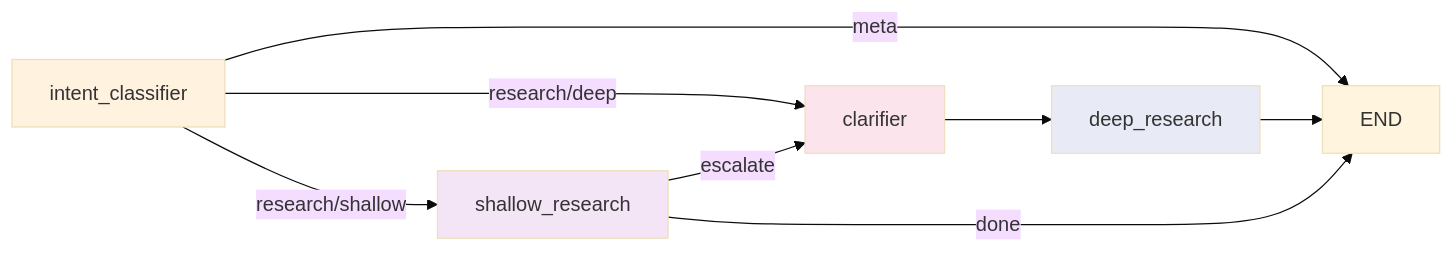
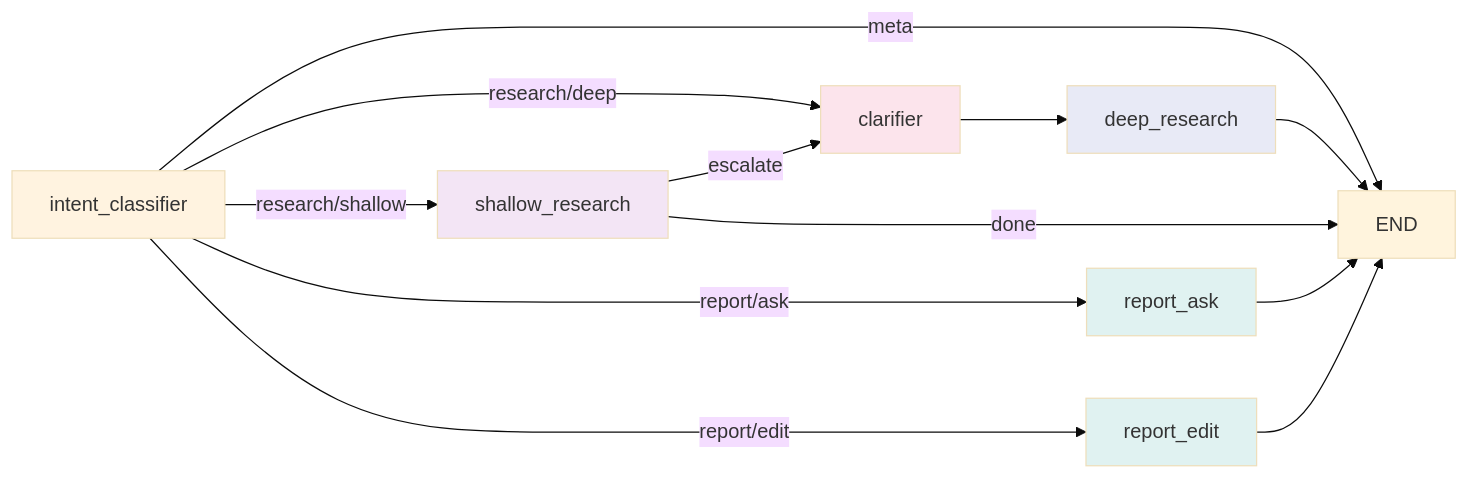
The diagram in docs/source/architecture/overview.md (NVIDIA-AI-Blueprints/aiq), drawn with Mermaid (base theme) before and after one commit. The commit also changed other lines of this file and 9 other files, not shown here.

````diff
--- a/docs/source/architecture/overview.md
+++ b/docs/source/architecture/overview.md
@@ -62,15 +62,21 @@
 ```mermaid
 graph LR
     IC[intent_classifier] -->|meta| END_NODE[END]
     IC -->|"research/deep"| CL[clarifier]
     IC -->|"research/shallow"| SR[shallow_research]
     SR -->|"escalate"| CL
     SR -->|"done"| END_NODE
+    IC -->|"report/ask"| RA[report_ask]
+    IC -->|"report/edit"| RE[report_edit]
     CL --> DR[deep_research]
     DR --> END_NODE
+    RA --> END_NODE
+    RE --> END_NODE
 
     style IC fill:#fff3e0
     style SR fill:#f3e5f5
     style CL fill:#fce4ec
     style DR fill:#e8eaf6
+    style RA fill:#e0f2f1
+    style RE fill:#e0f2f1
 ```
````
